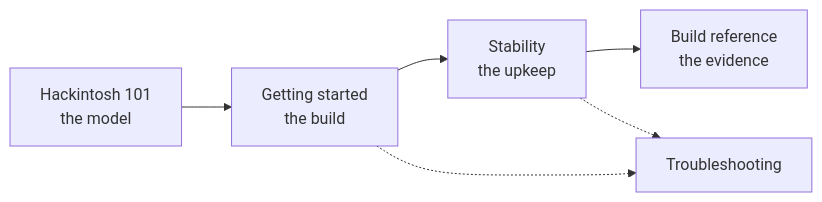
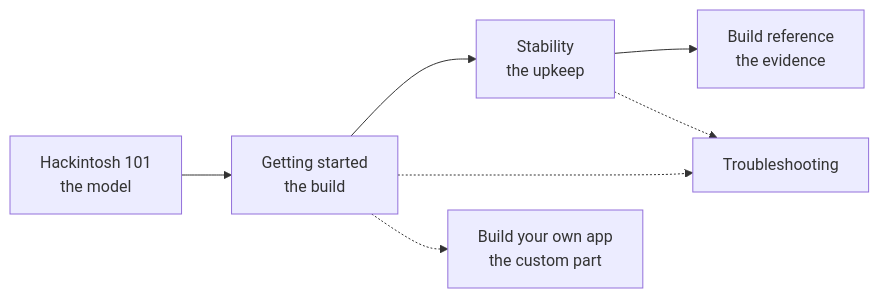
Before and after one commit to rojandotpro/PT515-51-Hackintosh: the diagram in docs/START-HERE.md, drawn with Mermaid. The commit also changed other lines of this file and 5 other files, not shown here.

First line of the commit message:
docs: custom PredatorSense app tutorial and AI attribution

````diff
--- a/docs/START-HERE.md
+++ b/docs/START-HERE.md
@@ -24,8 +25,9 @@
 ```mermaid
 flowchart LR
     A["Hackintosh 101<br/>the model"] --> B["Getting started<br/>the build"]
     B --> C["Stability<br/>the upkeep"]
     C --> D["Build reference<br/>the evidence"]
     B -.-> E["Troubleshooting"]
     C -.-> E
+    B -.-> F["Build your own app<br/>the custom part"]
 ```
````
